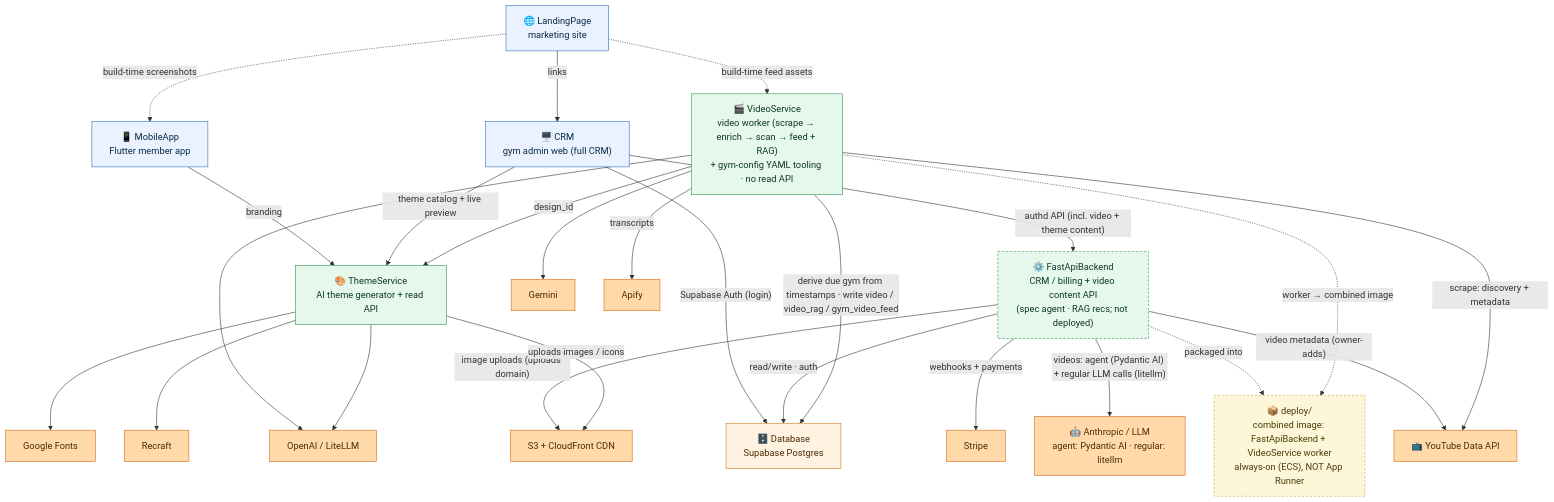
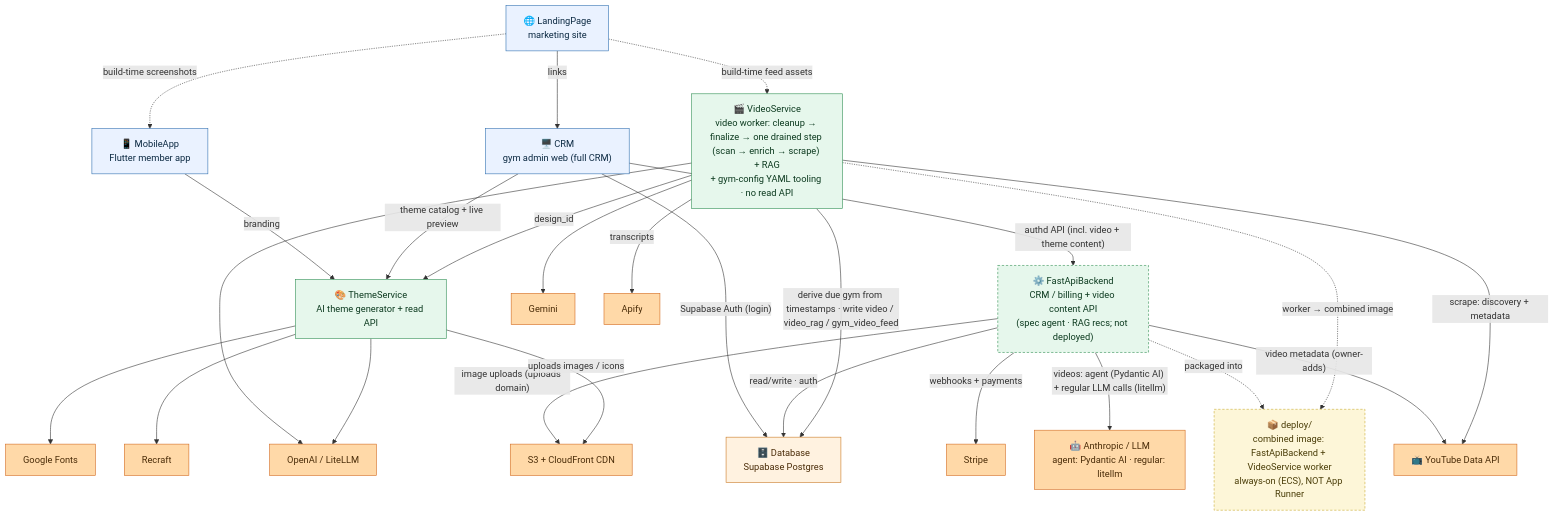
One commit to jesse51002/CombatDen changed the diagram in README.md. Above: the diagram before and after it, drawn with Mermaid. The commit also changed other lines of this file and 2 other files, not shown here.

Commit message:
docs: reconcile root system graph + video-spec-guide skill for the pipeline re-arch

````diff
--- a/README.md
+++ b/README.md
@@ -16,60 +16,60 @@
 ```mermaid
 flowchart TB
   MobileApp["📱 MobileApp<br/>Flutter member app"]
   CRM["🖥️ CRM<br/>gym admin web (full CRM)"]
   LandingPage["🌐 LandingPage<br/>marketing site"]
 
   ThemeService["🎨 ThemeService<br/>AI theme generator + read API"]
-  VideoService["🎬 VideoService<br/>video worker (scrape → enrich → scan → feed + RAG)<br/>+ gym-config YAML tooling · no read API"]
+  VideoService["🎬 VideoService<br/>video worker: cleanup → finalize → one drained step (scan → enrich → scrape) + RAG<br/>+ gym-config YAML tooling · no read API"]
   FastApiBackend["⚙️ FastApiBackend<br/>CRM / billing + video content API<br/>(spec agent · RAG recs; not deployed)"]
 
   Database["🗄️ Database<br/>Supabase Postgres"]
   Deploy["📦 deploy/<br/>combined image: FastApiBackend + VideoService worker<br/>always-on (ECS), NOT App Runner"]
   Stripe["Stripe"]
   LiteLLM["OpenAI / LiteLLM"]
   Gemini["Gemini"]
   Apify["Apify"]
   YouTube["📺 YouTube Data API"]
   GoogleFonts["Google Fonts"]
   Recraft["Recraft"]
   CDN["S3 + CloudFront CDN"]
   LLMProvider["🤖 Anthropic / LLM<br/>agent: Pydantic AI · regular: litellm"]
 
   MobileApp -->|"branding"| ThemeService
   CRM -->|"theme catalog + live preview"| ThemeService
   CRM -->|"authd API (incl. video + theme content)"| FastApiBackend
   CRM -->|"Supabase Auth (login)"| Database
   LandingPage -->|"links"| CRM
   LandingPage -.->|"build-time screenshots"| MobileApp
   LandingPage -.->|"build-time feed assets"| VideoService
   VideoService -->|"design_id"| ThemeService
   FastApiBackend -->|"read/write · auth"| Database
   VideoService -->|"derive due gym from timestamps · write video / video_rag / gym_video_feed"| Database
   FastApiBackend -->|"webhooks + payments"| Stripe
   FastApiBackend -->|"videos: agent (Pydantic AI) + regular LLM calls (litellm)"| LLMProvider
   FastApiBackend -.->|"packaged into"| Deploy
   VideoService -.->|"worker → combined image"| Deploy
   FastApiBackend -->|"image uploads (uploads domain)"| CDN
   FastApiBackend -->|"video metadata (owner-adds)"| YouTube
   VideoService -->|"scrape: discovery + metadata"| YouTube
   VideoService -->|"transcripts"| Apify
   VideoService --> LiteLLM
   VideoService --> Gemini
   ThemeService --> GoogleFonts
   ThemeService --> Recraft
   ThemeService --> LiteLLM
   ThemeService -->|"uploads images / icons"| CDN
 
   classDef client fill:#eaf2ff,stroke:#2f6fb0,color:#0b2942;
   classDef service fill:#e6f7ec,stroke:#2f8f53,color:#0c3a1f;
   classDef data fill:#fff2e0,stroke:#c9781f,color:#4a2c08;
   classDef ext fill:#ffd9a8,stroke:#d2691e,color:#4a2c08;
   classDef tool fill:#fdf6d8,stroke:#caab2f,color:#4a3d08;
   class MobileApp,CRM,LandingPage client;
   class ThemeService,VideoService,FastApiBackend service;
   class Database data;
   class Deploy tool;
   class Stripe,LiteLLM,Gemini,Apify,YouTube,GoogleFonts,Recraft,CDN,LLMProvider ext;
   style FastApiBackend stroke-dasharray:4 3;
   style Deploy stroke-dasharray:4 3;
 ```
````
